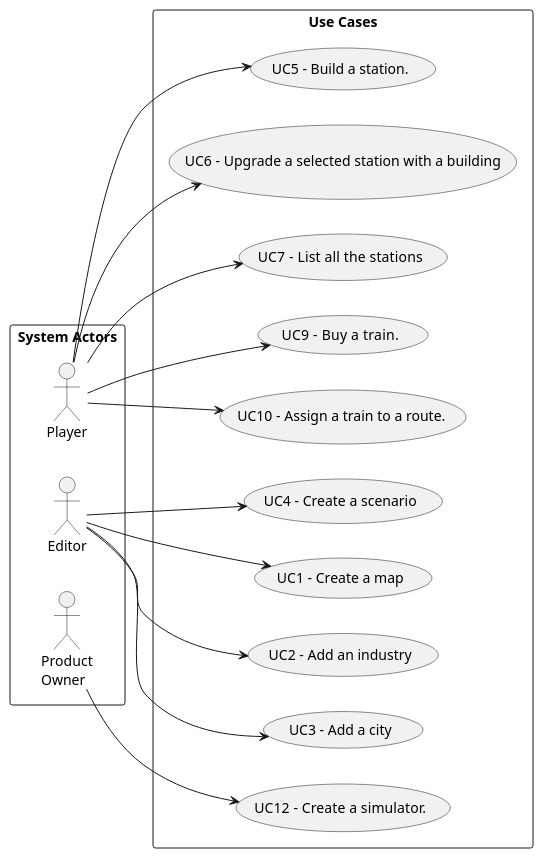
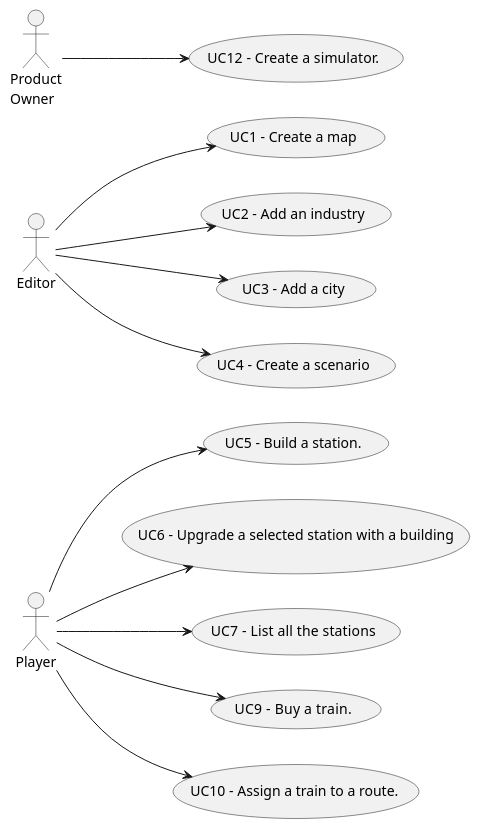
Before and after one commit to bruno-monteiro5/sem2-pi-24.25-g132-repo: the diagram in docs/system-documentation/global-artifacts/01.requirements-engineering/puml/UCD.puml, drawn with PlantUML. The commit also changed 1 other file, not shown here.

```diff
--- a/docs/system-documentation/global-artifacts/01.requirements-engineering/puml/UCD.puml
+++ b/docs/system-documentation/global-artifacts/01.requirements-engineering/puml/UCD.puml
@@ -1,52 +1,52 @@
 @startuml
 'skinparam monochrome true
 skinparam packageStyle rectangle
 'skinparam shadowing false
 
 
 'title Use Case Diagram Example
 
 left to right direction
 
-rectangle "System Actors" as actors {
+'rectangle "System Actors" as actors {
     actor "Player" as Player
     actor "Editor" as Editor
     actor "Product\nOwner" as Owner
-}
+'}
 
-rectangle "Use Cases" as usecases{
+'rectangle "Use Cases" as usecases{
     usecase "UC1 - Create a map" as UC1
     Editor --> UC1
 
     usecase "UC2 - Add an industry" as UC2
     Editor --> UC2
 
     usecase "UC3 - Add a city" as UC3
     Editor --> UC3
 
     usecase "UC4 - Create a scenario" as UC4
     Editor --> UC4
 
     usecase "UC5 - Build a station." as UC5
     Player --> UC5
 
     usecase "UC6 - Upgrade a selected station with a building" as UC6
     Player --> UC6
 
     usecase "UC7 -  List all the stations" as UC7
     Player --> UC7
 
     usecase "UC9 -  Buy a train." as UC9
     Player --> UC9
 
     usecase "UC10 - Assign a train to a route." as UC10
     Player --> UC10
 
     usecase "UC12 - Create a simulator." as UC12
     Owner --> UC12
 
 
-}
+'}
 
 
 @enduml
```
